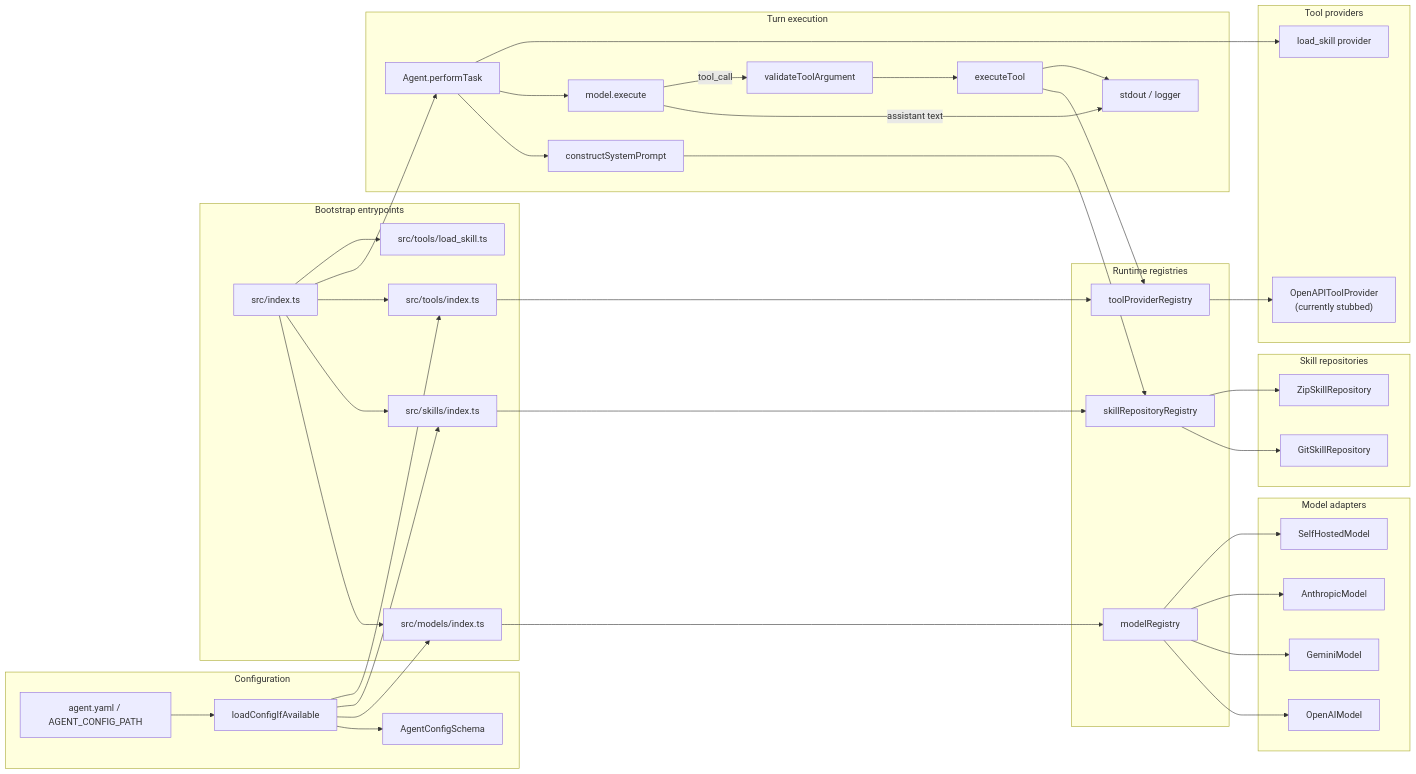
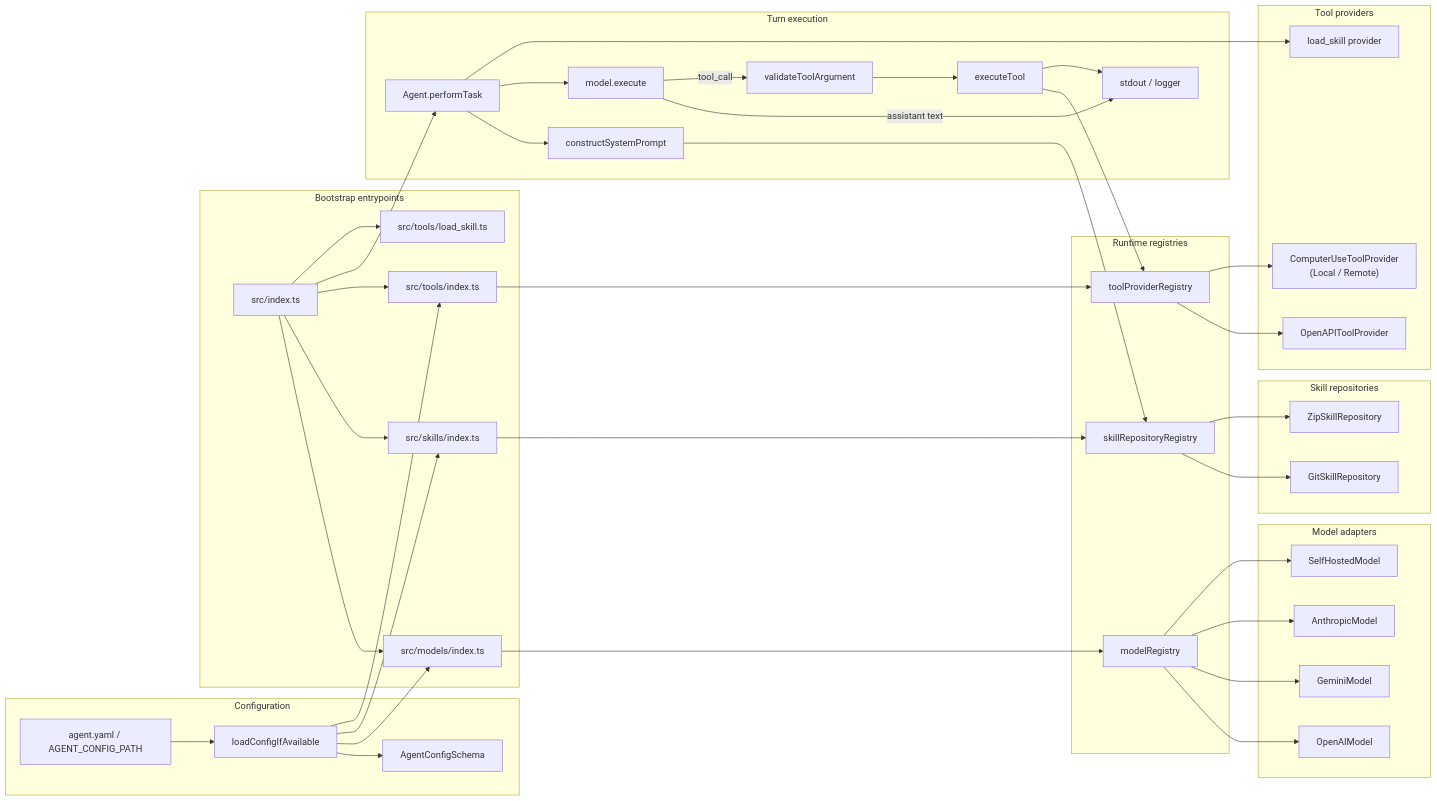
The diagram in agentic_harness/README.md (adityarao2005/BYoAI-Deployment-Platform), drawn with Mermaid before and after one commit. The commit also changed other lines of this file and 5 other files, not shown here.

Commit message:
feat: implement local headless and graphical computer use providers using native Node.js and X11 utilities

````diff
--- a/agentic_harness/README.md
+++ b/agentic_harness/README.md
@@ -29,78 +29,80 @@
 ```mermaid
 flowchart LR
   subgraph Config["Configuration"]
     A["agent.yaml / AGENT_CONFIG_PATH"]
     B["loadConfigIfAvailable"]
     C["AgentConfigSchema"]
   end
 
   subgraph Bootstrap["Bootstrap entrypoints"]
     D["src/index.ts"]
     E["src/models/index.ts"]
     F["src/skills/index.ts"]
     G["src/tools/index.ts"]
     H["src/tools/load_skill.ts"]
   end
 
   subgraph Registries["Runtime registries"]
     I["modelRegistry"]
     J["skillRepositoryRegistry"]
     K["toolProviderRegistry"]
   end
 
   subgraph AgentLoop["Turn execution"]
     L["Agent.performTask"]
     M["constructSystemPrompt"]
     N["model.execute"]
     O["validateToolArgument"]
     P["executeTool"]
     Q["stdout / logger"]
   end
 
   subgraph ModelBackends["Model adapters"]
     R["OpenAIModel"]
     S["GeminiModel"]
     T["AnthropicModel"]
     U["SelfHostedModel"]
   end
 
   subgraph SkillBackends["Skill repositories"]
     V["GitSkillRepository"]
     W["ZipSkillRepository"]
   end
 
   subgraph ToolBackends["Tool providers"]
-    X["OpenAPIToolProvider\n(currently stubbed)"]
+    X["OpenAPIToolProvider"]
     Y["load_skill provider"]
+    Z["ComputerUseToolProvider\n(Local / Remote)"]
   end
 
   A --> B --> C
   B --> E
   B --> F
   B --> G
   D --> E
   D --> F
   D --> G
   D --> L
   D --> H
 
   E --> I
   F --> J
   G --> K
 
   L --> M --> J
   L --> N
   I --> R
   I --> S
   I --> T
   I --> U
 
   N -->|assistant text| Q
   N -->|tool_call| O --> P --> K
   P --> Q
 
   J --> V
   J --> W
   K --> X
+  K --> Z
   L --> Y
 ```
````
